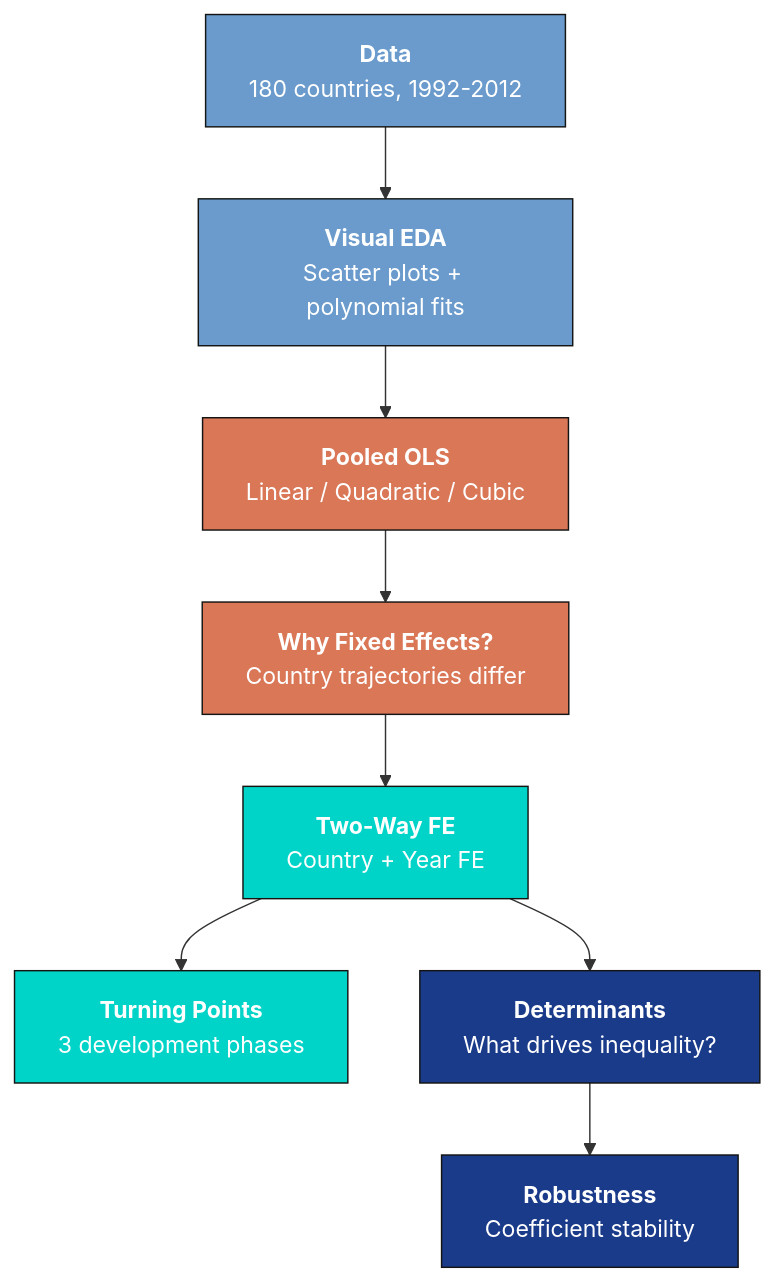
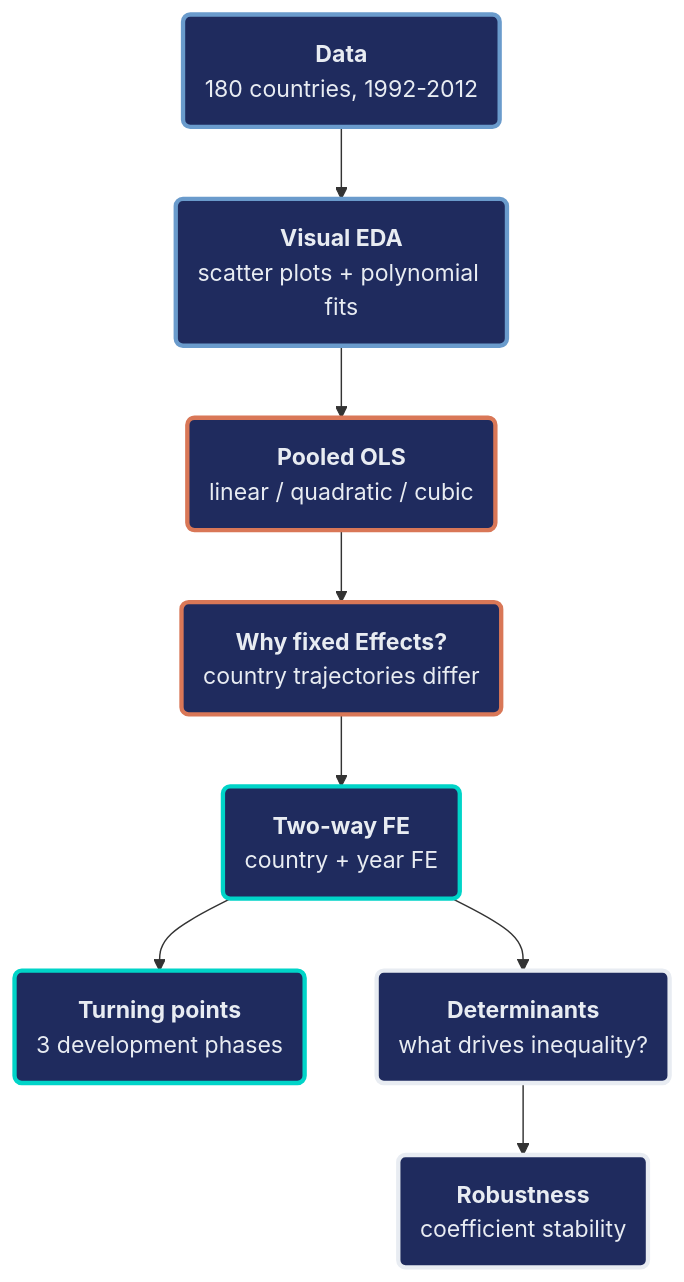
Before and after one commit to cmg777/starter-academic-v501: the diagram in content/post/python_fe_kuznets/references/tutorial.qmd, drawn with Mermaid. The commit also changed other lines of this file and 42 other files, not shown here.

First line of the commit message:
content(mermaid): restyle Mermaid copies in tutorial sources and the LaLonde slide deck

````diff
--- a/content/post/python_fe_kuznets/references/tutorial.qmd
+++ b/content/post/python_fe_kuznets/references/tutorial.qmd
@@ -67,18 +67,18 @@
 ```{mermaid}
 graph TD
-    A["<b>Data</b><br/>180 countries, 1992-2012"] --> B["<b>Visual EDA</b><br/>Scatter plots + polynomial fits"]
-    B --> C["<b>Pooled OLS</b><br/>Linear / Quadratic / Cubic"]
-    C --> D["<b>Why Fixed Effects?</b><br/>Country trajectories differ"]
-    D --> E["<b>Two-Way FE</b><br/>Country + Year FE"]
-    E --> F["<b>Turning Points</b><br/>3 development phases"]
-    E --> G["<b>Determinants</b><br/>What drives inequality?"]
-    G --> H["<b>Robustness</b><br/>Coefficient stability"]
-    style A fill:#6a9bcc,stroke:#141413,color:#fff
-    style B fill:#6a9bcc,stroke:#141413,color:#fff
-    style C fill:#d97757,stroke:#141413,color:#fff
-    style D fill:#d97757,stroke:#141413,color:#fff
-    style E fill:#00d4c8,stroke:#141413,color:#fff
-    style F fill:#00d4c8,stroke:#141413,color:#fff
-    style G fill:#1a3a8a,stroke:#141413,color:#fff
-    style H fill:#1a3a8a,stroke:#141413,color:#fff
+    A("<b>Data</b><br/>180 countries, 1992-2012") --> B("<b>Visual EDA</b><br/>scatter plots + polynomial fits")
+    B --> C("<b>Pooled OLS</b><br/>linear / quadratic / cubic")
+    C --> D("<b>Why fixed Effects?</b><br/>country trajectories differ")
+    D --> E("<b>Two-way FE</b><br/>country + year FE")
+    E --> F("<b>Turning points</b><br/>3 development phases")
+    E --> G("<b>Determinants</b><br/>what drives inequality?")
+    G --> H("<b>Robustness</b><br/>coefficient stability")
+    classDef blue fill:#1f2b5e,stroke:#6a9bcc,stroke-width:3px,color:#e8ecf2
+    classDef orange fill:#1f2b5e,stroke:#d97757,stroke-width:3px,color:#e8ecf2
+    classDef teal fill:#1f2b5e,stroke:#00d4c8,stroke-width:3px,color:#e8ecf2
+    classDef key fill:#1f2b5e,stroke:#e8ecf2,stroke-width:3px,color:#e8ecf2
+    class A,B blue
+    class C,D orange
+    class E,F teal
+    class G,H key
 ```
````
